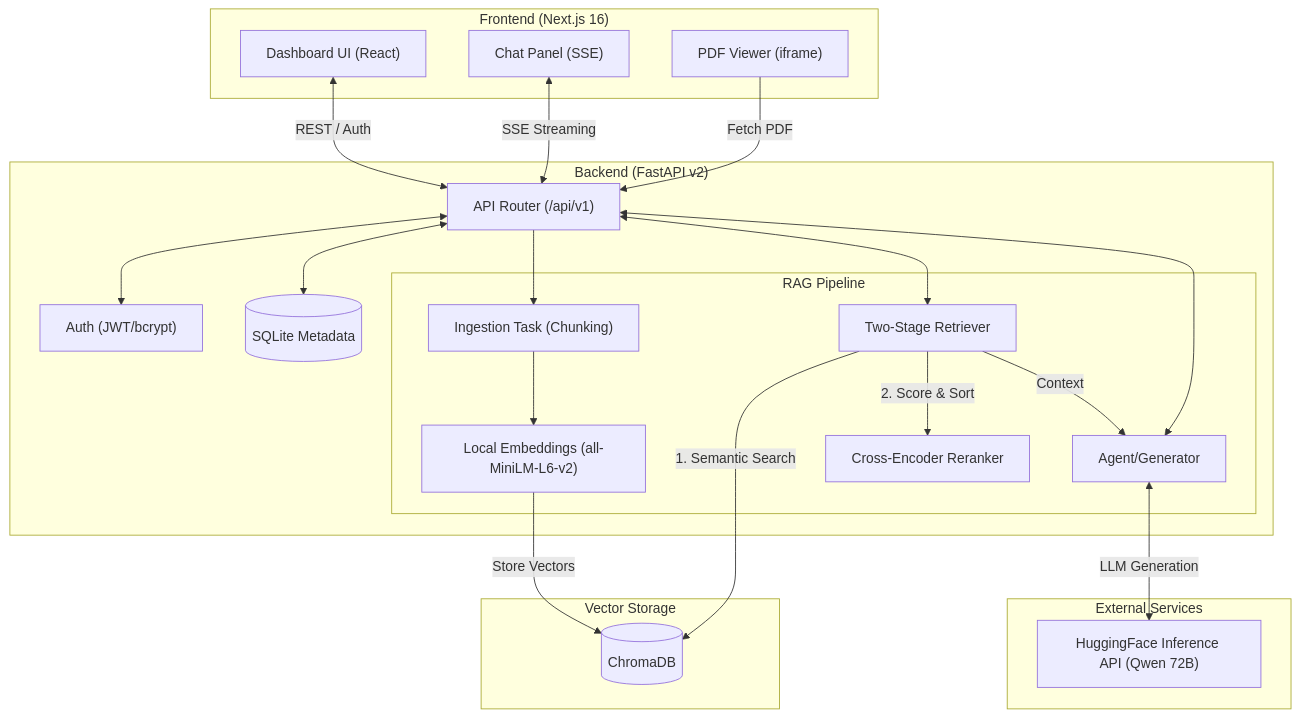
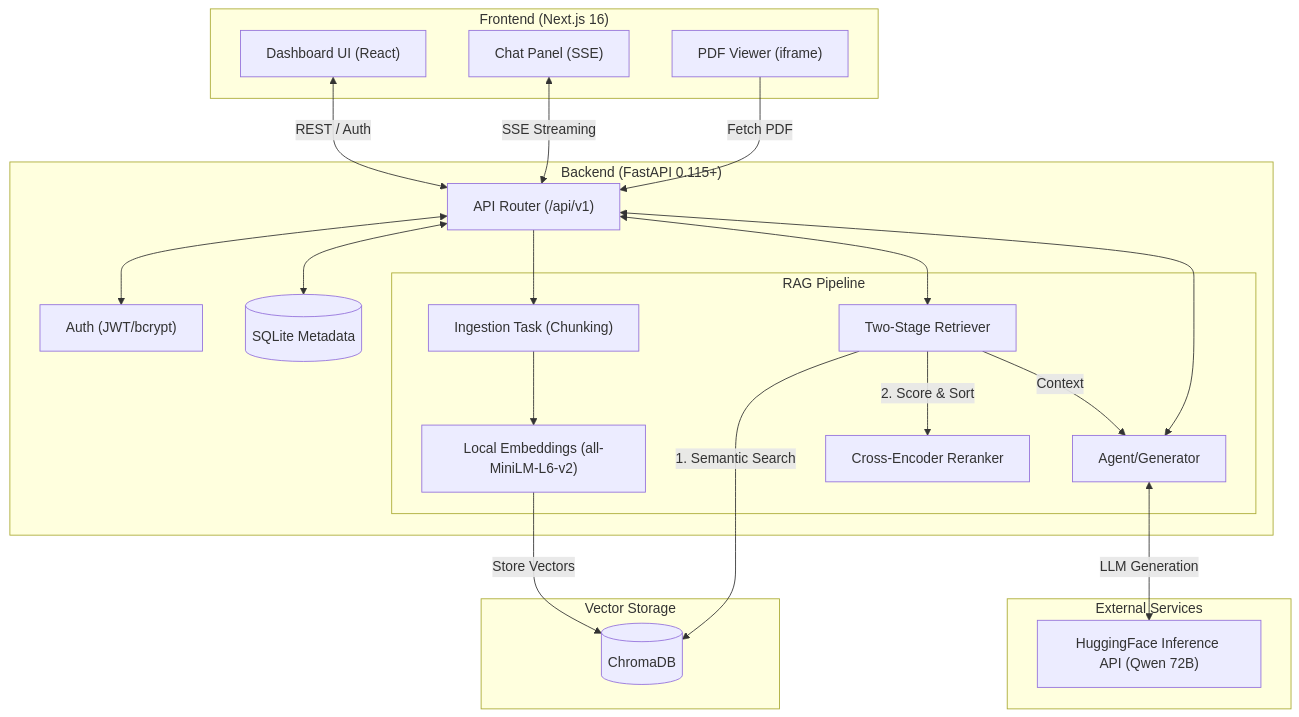
Before and after one commit to param20h/PDF-Assistant-RAG: the diagram in README.md, drawn with Mermaid.

Commit message:
Potential fix for pull request finding

````diff
--- a/README.md
+++ b/README.md
@@ -88,54 +88,54 @@
 ```mermaid
 graph TD
     subgraph Frontend["Frontend (Next.js 16)"]
         UI["Dashboard UI (React)"]
         Chat["Chat Panel (SSE)"]
         Viewer["PDF Viewer (iframe)"]
     end
 
-    subgraph Backend["Backend (FastAPI v2)"]
+    subgraph Backend["Backend (FastAPI 0.115+)"]
         API["API Router (/api/v1)"]
         Auth["Auth (JWT/bcrypt)"]
         DB[(SQLite Metadata)]
 
         subgraph RAG["RAG Pipeline"]
             Upload["Ingestion Task (Chunking)"]
             Embed["Local Embeddings (all-MiniLM-L6-v2)"]
             Retriever["Two-Stage Retriever"]
             Rerank["Cross-Encoder Reranker"]
             Agent["Agent/Generator"]
         end
     end
 
     subgraph Storage["Vector Storage"]
         Chroma[(ChromaDB)]
     end
 
     subgraph External["External Services"]
         HF["HuggingFace Inference API (Qwen 72B)"]
     end
 
     %% Frontend to Backend Connections
     UI <-->|REST / Auth| API
     Chat <-->|SSE Streaming| API
     Viewer -->|Fetch PDF| API
 
     %% Backend Internals
     API <--> Auth
     API <--> DB
     API --> Upload
     API <--> Retriever
     API <--> Agent
 
     %% RAG Ingestion Flow
     Upload --> Embed
     Embed -->|Store Vectors| Chroma
 
     %% RAG Query Flow
     Retriever -->|1. Semantic Search| Chroma
     Retriever -->|2. Score & Sort| Rerank
     Retriever -->|Context| Agent
 
     %% External LLM Flow
     Agent <-->|LLM Generation| HF
 ```
````
